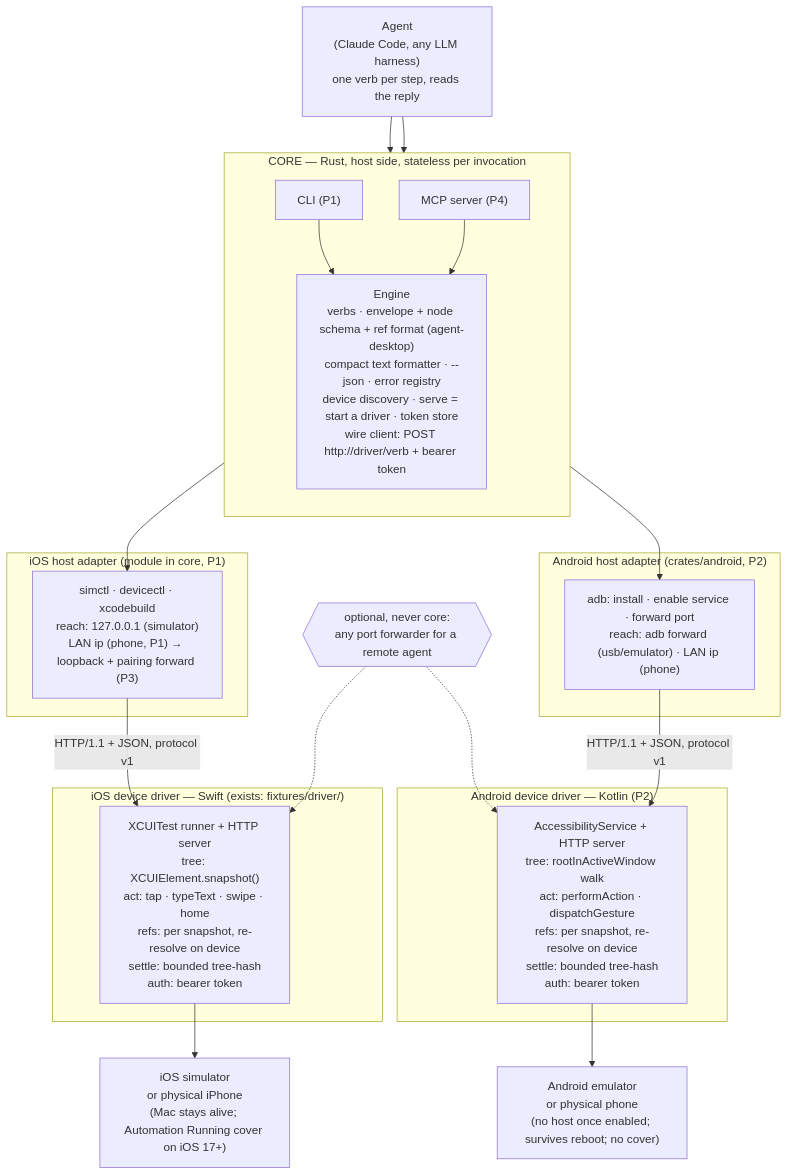
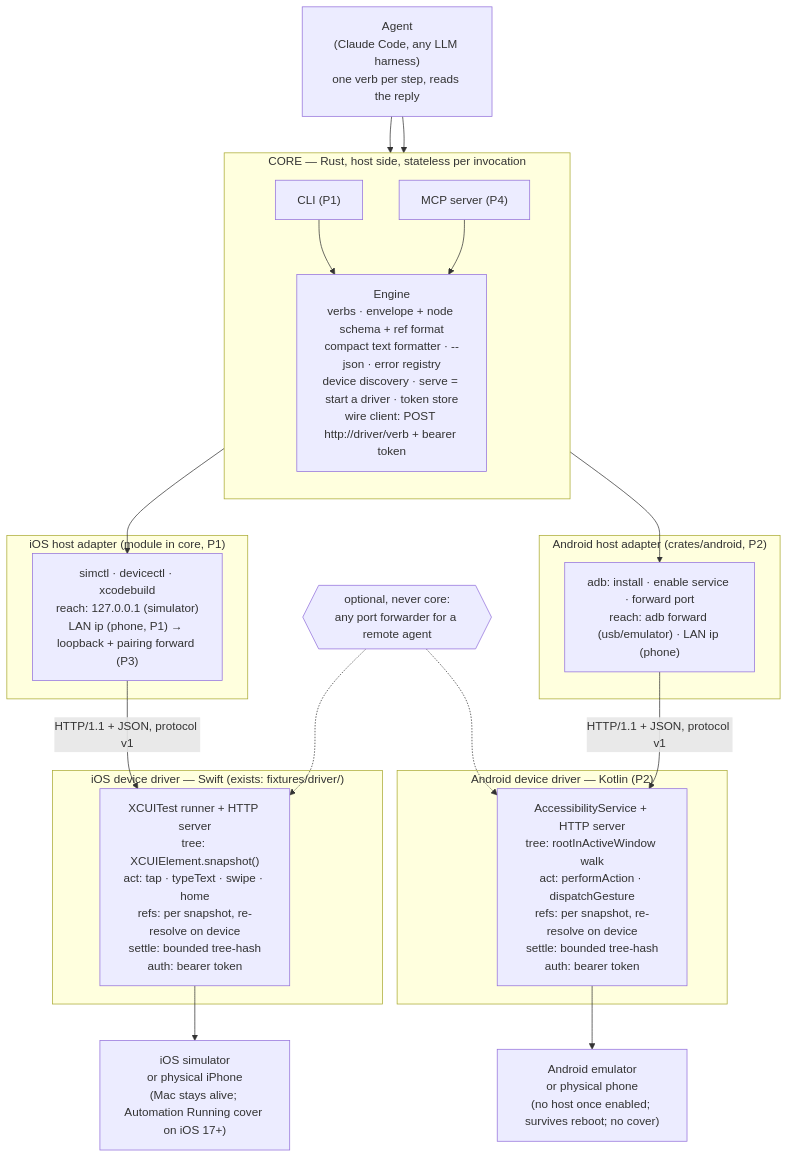
Before and after one commit to lahfir/agent-mobile: the diagram in docs/PRD.md, drawn with Mermaid. The commit also changed other lines of this file, not shown here.

Commit message:
PRD: simplified; agent-mobile only, no borrowed process; compressed P0 and risks

````diff
--- a/docs/PRD.md
+++ b/docs/PRD.md
@@ -69,45 +60,45 @@
 ```mermaid
 flowchart TB
     AGENT["Agent<br/>(Claude Code, any LLM harness)<br/>one verb per step, reads the reply"]
 
     subgraph CORE["CORE — Rust, host side, stateless per invocation"]
         direction TB
         CLI["CLI (P1)"]
         MCP["MCP server (P4)"]
-        ENGINE["Engine<br/>verbs · envelope + node schema + ref format (agent-desktop)<br/>compact text formatter · --json · error registry<br/>device discovery · serve = start a driver · token store<br/>wire client: POST http://driver/verb + bearer token"]
+        ENGINE["Engine<br/>verbs · envelope + node schema + ref format<br/>compact text formatter · --json · error registry<br/>device discovery · serve = start a driver · token store<br/>wire client: POST http://driver/verb + bearer token"]
         CLI --> ENGINE
         MCP --> ENGINE
     end
 
     subgraph IOSHOST["iOS host adapter (module in core, P1)"]
         IOSA["simctl · devicectl · xcodebuild<br/>reach: 127.0.0.1 (simulator)<br/>LAN ip (phone, P1) → loopback + pairing forward (P3)"]
     end
 
     subgraph ANDHOST["Android host adapter (crates/android, P2)"]
         ANDA["adb: install · enable service · forward port<br/>reach: adb forward (usb/emulator) · LAN ip (phone)"]
     end
 
     TUNNEL{{"optional, never core:<br/>any port forwarder for a remote agent"}}
 
     subgraph IOSDRV["iOS device driver — Swift (exists: fixtures/driver/)"]
         IOSD["XCUITest runner + HTTP server<br/>tree: XCUIElement.snapshot()<br/>act: tap · typeText · swipe · home<br/>refs: per snapshot, re-resolve on device<br/>settle: bounded tree-hash<br/>auth: bearer token"]
     end
 
     subgraph ANDDRV["Android device driver — Kotlin (P2)"]
         ANDD["AccessibilityService + HTTP server<br/>tree: rootInActiveWindow walk<br/>act: performAction · dispatchGesture<br/>refs: per snapshot, re-resolve on device<br/>settle: bounded tree-hash<br/>auth: bearer token"]
     end
 
     IOSDEV["iOS simulator<br/>or physical iPhone<br/>(Mac stays alive; Automation Running cover on iOS 17+)"]
     ANDDEV["Android emulator<br/>or physical phone<br/>(no host once enabled; survives reboot; no cover)"]
 
     AGENT --> CLI
     AGENT --> MCP
     ENGINE --> IOSA
     ENGINE --> ANDA
     IOSA -- "HTTP/1.1 + JSON, protocol v1" --> IOSD
     ANDA -- "HTTP/1.1 + JSON, protocol v1" --> ANDD
     TUNNEL -.-> IOSD
     TUNNEL -.-> ANDD
     IOSD --> IOSDEV
     ANDD --> ANDDEV
 ```
````
